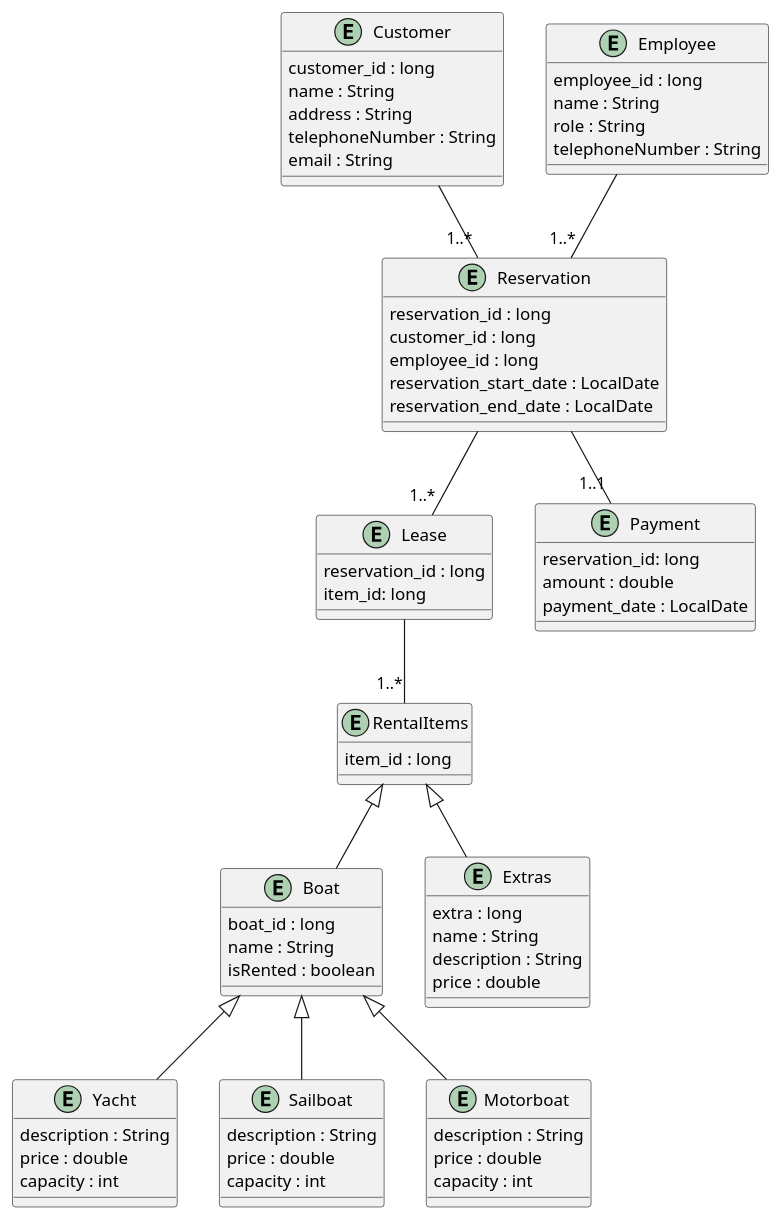
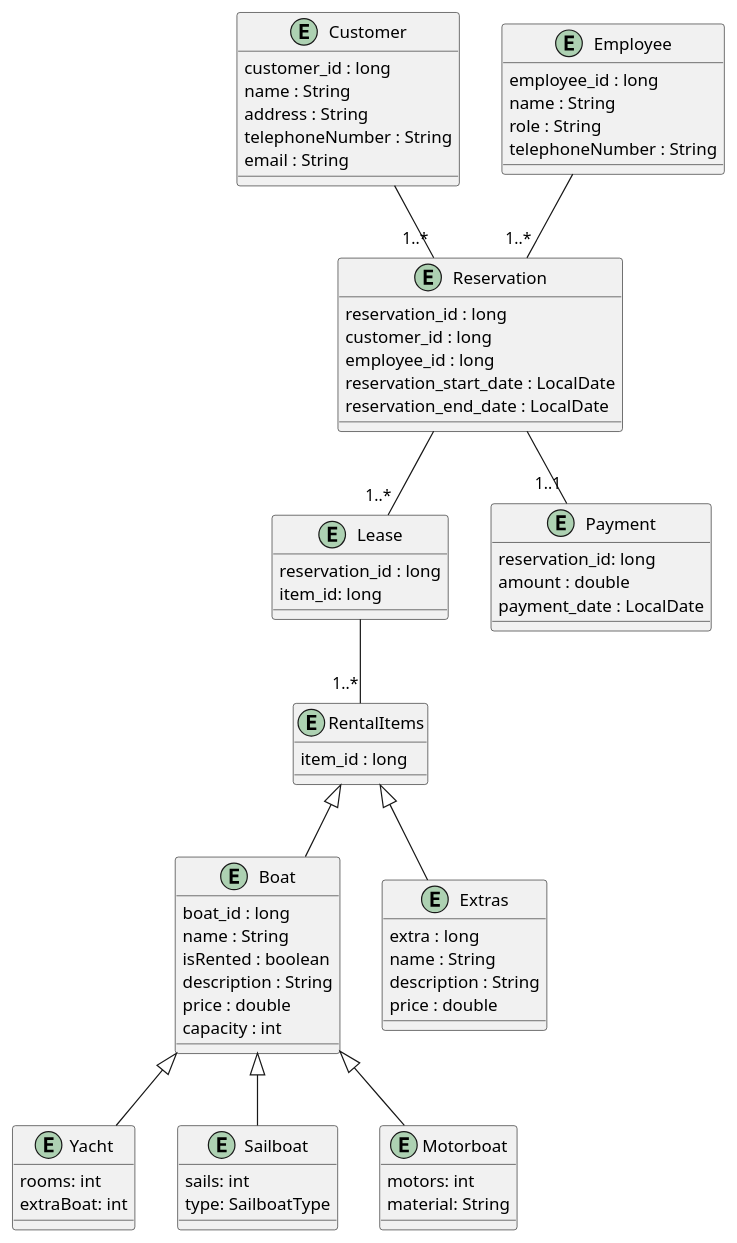
The diagram in boat-rental/puml/boat-rental.puml (2425-4bhitm-insy/jpa-project-v2-boat-rental), drawn with PlantUML before and after one commit.

Commit message:
fix: find attributes for entities & move shared attributes into parent

```diff
--- a/boat-rental/puml/boat-rental.puml
+++ b/boat-rental/puml/boat-rental.puml
@@ -1,91 +1,91 @@
 @startuml
 entity Boat {
     boat_id : long
     name : String
     isRented : boolean
+    description : String
+    price : double
+    capacity : int
 }
 
 entity Customer {
     customer_id : long
     name : String
     address : String
     telephoneNumber : String
     email : String
 }
 
 entity RentalItems {
   item_id : long
 }
 
 entity Lease {
     reservation_id : long
     item_id: long
 }
 
 entity Payment {
     reservation_id: long
     amount : double
     payment_date : LocalDate
 }
 
 entity Employee {
     employee_id : long
     name : String
     role : String
     telephoneNumber : String
 }
 
 entity Reservation {
     reservation_id : long
     customer_id : long
     employee_id : long
     reservation_start_date : LocalDate
     reservation_end_date : LocalDate
 }
 
 entity Extras {
     extra : long
     name : String
     description : String
     price : double
 }
 
 entity Yacht {
-    description : String
-    price : double
-    capacity : int
+    rooms: int
+    extraBoat: int
 }
 
 entity Sailboat {
-    description : String
-    price : double
-    capacity : int
+    sails: int
+    type: SailboatType
 }
 
 entity Motorboat {
-    description : String
-    price : double
-    capacity : int
+    motors: int
+    material: String
 }
 
 
 ' Beziehungen
 
 Customer -- "1..*" Reservation
 Employee -- "1..*" Reservation
 
 Reservation -- "1..*" Lease
 Reservation -- "1..1" Payment
 
 Lease -- "1..*" RentalItems
 
 RentalItems <|-- Boat
 RentalItems <|-- Extras
 
 
 Boat <|-- Motorboat
 Boat <|-- Sailboat
 Boat <|-- Yacht
 
 
 @enduml
```
